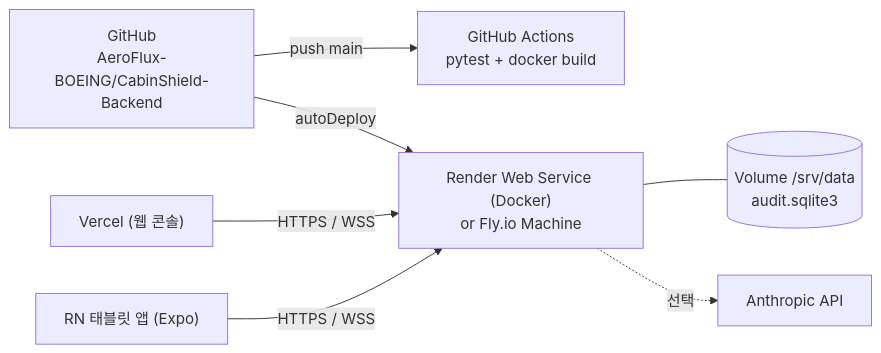
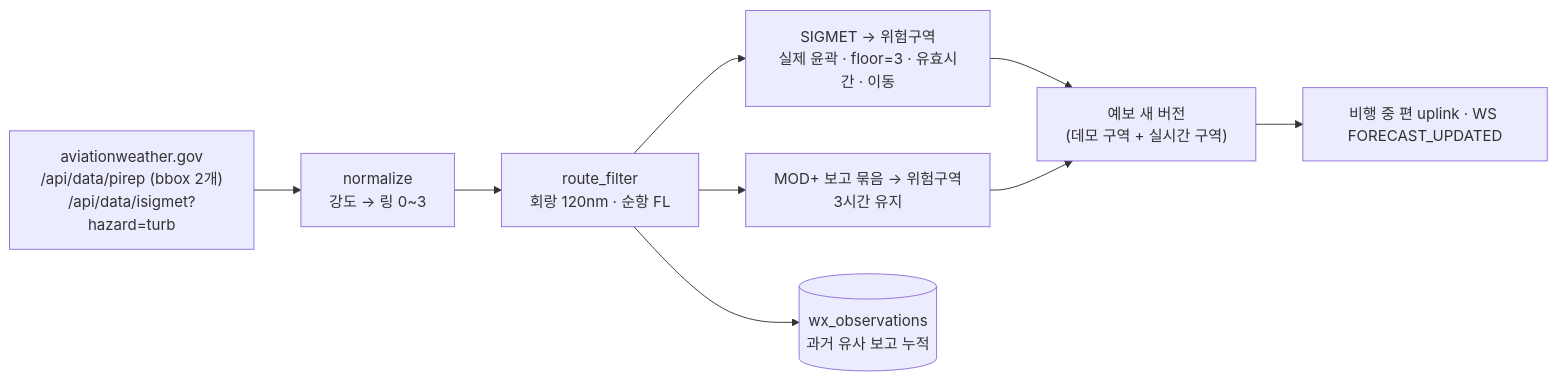
The third of 3 diagrams in docs/ARCHITECTURE.md (AeroFlux-BOEING/CabinShield-Backend), drawn with Mermaid before and after one commit. The commit also changed other lines of this file and 65 other files, not shown here.

````diff
--- a/docs/ARCHITECTURE.md
+++ b/docs/ARCHITECTURE.md
@@ -177,9 +125,9 @@
 ```mermaid
 flowchart LR
-  GH["GitHub<br/>AeroFlux-BOEING/CabinShield-Backend"] -- push main --> CI["GitHub Actions<br/>pytest + docker build"]
-  GH -- autoDeploy --> R["Render Web Service (Docker)<br/>or Fly.io Machine"]
-  R --- V[("Volume /srv/data<br/>audit.sqlite3")]
-  FE["Vercel (웹 콘솔)"] -- HTTPS / WSS --> R
-  RN["RN 태블릿 앱 (Expo)"] -- HTTPS / WSS --> R
-  R -. 선택 .-> A["Anthropic API"]
+  A["aviationweather.gov<br/>/api/data/pirep (bbox 2개)<br/>/api/data/isigmet?hazard=turb"] --> N["normalize<br/>강도 → 링 0~3"]
+  N --> F["route_filter<br/>회랑 120nm · 순항 FL"]
+  F --> H1["SIGMET → 위험구역<br/>실제 윤곽 · floor=3 · 유효시간 · 이동"]
+  F --> H2["MOD+ 보고 묶음 → 위험구역<br/>3시간 유지"]
+  F --> O[("wx_observations<br/>과거 유사 보고 누적")]
+  H1 & H2 --> P["예보 새 버전<br/>(데모 구역 + 실시간 구역)"] --> U["비행 중 편 uplink · WS FORECAST_UPDATED"]
 ```
````
